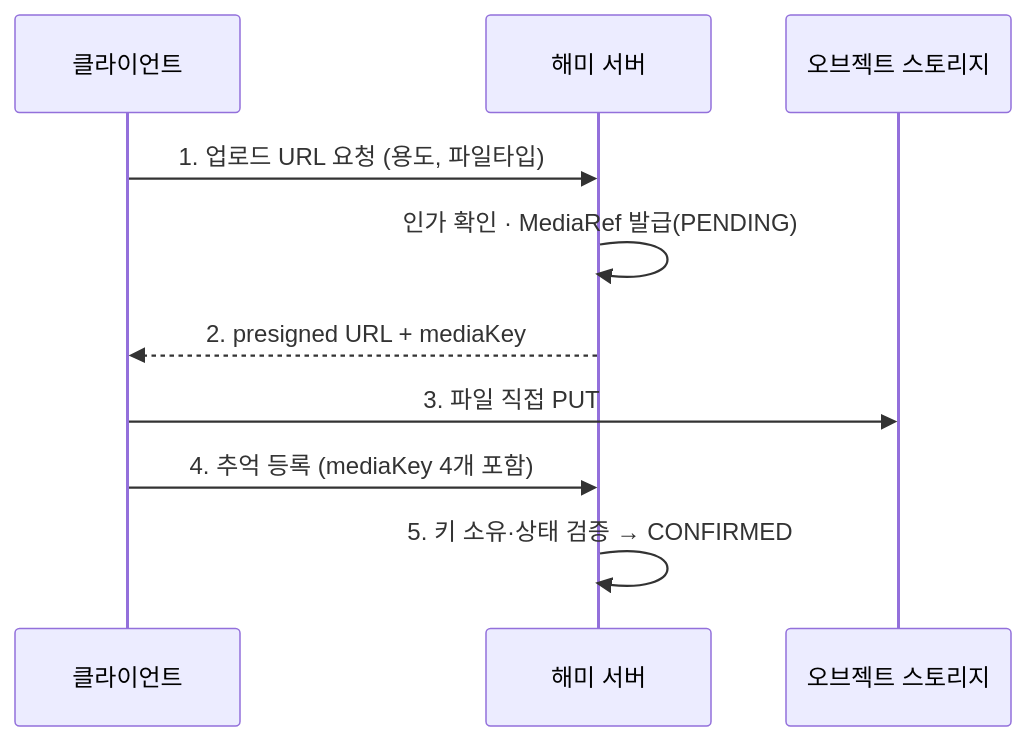
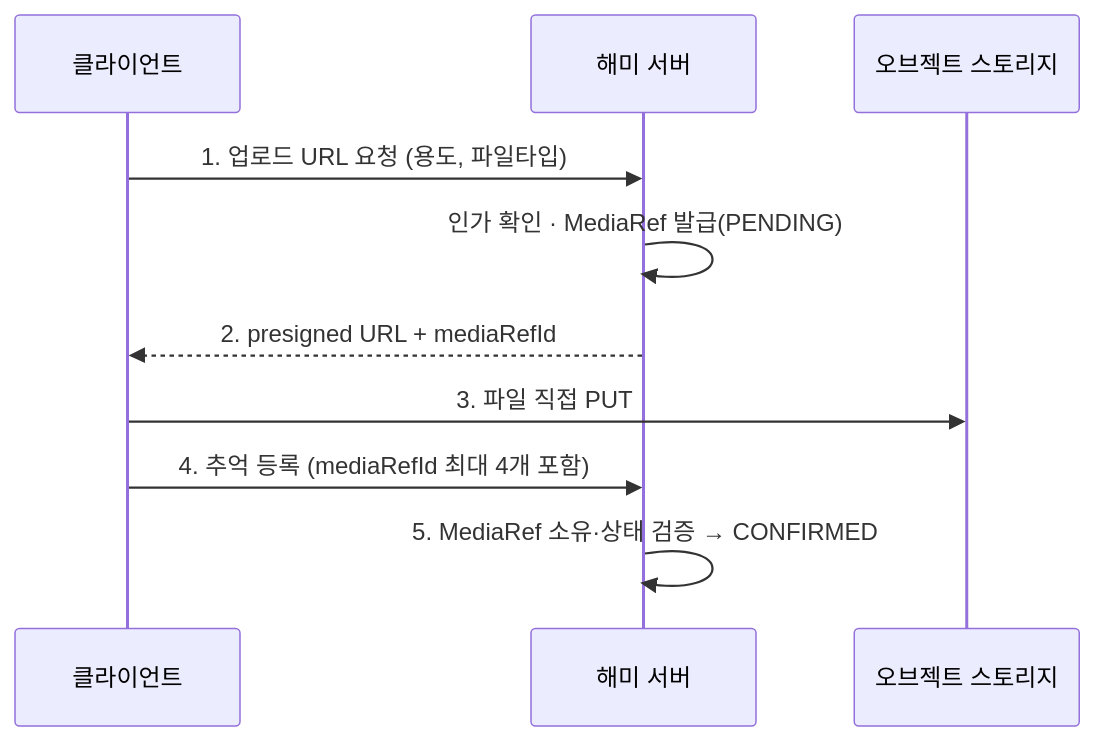
One commit to memeboomemeboo/haemi-server-v2 changed the third of 5 diagrams in docs/v2-architecture.md. Above: the diagram before and after it, drawn with Mermaid. The commit also changed other lines of this file and 3 other files, not shown here.

````diff
--- a/docs/v2-architecture.md
+++ b/docs/v2-architecture.md
@@ -184,12 +184,12 @@
 ```mermaid
 sequenceDiagram
     participant C as 클라이언트
     participant S as 해미 서버
     participant O as 오브젝트 스토리지
     C->>S: 1. 업로드 URL 요청 (용도, 파일타입)
     S->>S: 인가 확인 · MediaRef 발급(PENDING)
-    S-->>C: 2. presigned URL + mediaKey
+    S-->>C: 2. presigned URL + mediaRefId
     C->>O: 3. 파일 직접 PUT
-    C->>S: 4. 추억 등록 (mediaKey 4개 포함)
-    S->>S: 5. 키 소유·상태 검증 → CONFIRMED
+    C->>S: 4. 추억 등록 (mediaRefId 최대 4개 포함)
+    S->>S: 5. MediaRef 소유·상태 검증 → CONFIRMED
 ```
````
